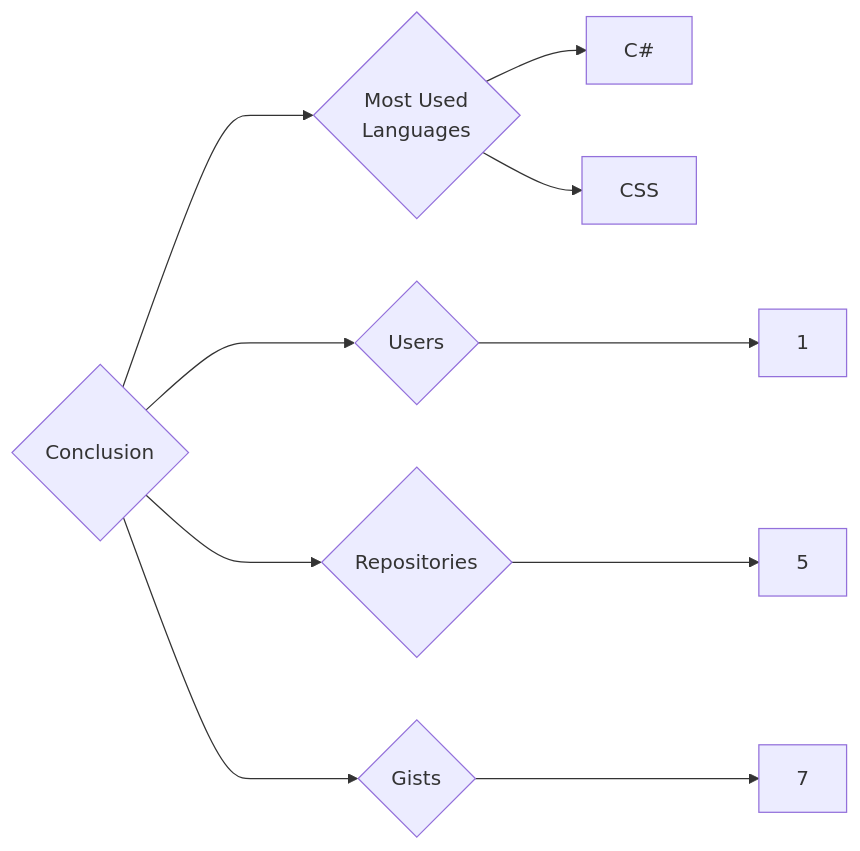
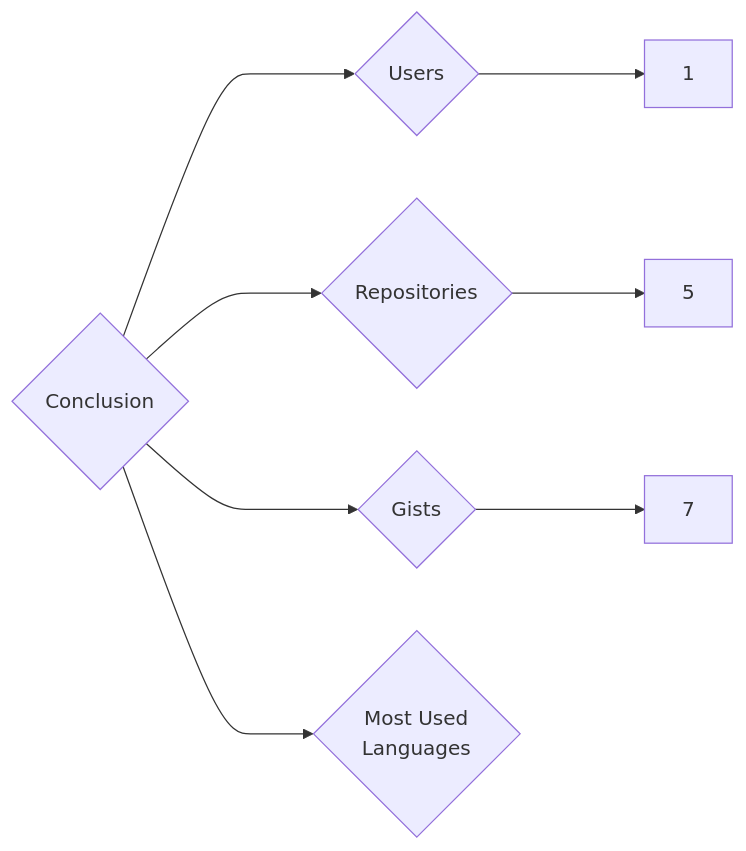
The diagram in targets/Conclusion/README.md (trickest/insiders), drawn with Mermaid before and after one commit. The commit also changed 773 other files, not shown here.

````diff
--- a/targets/Conclusion/README.md
+++ b/targets/Conclusion/README.md
@@ -3,10 +3,8 @@
 ```mermaid
 graph LR
 COMPANY_NAME{Conclusion}
 COMPANY_NAME ---> U{Users} ---> UN[1]
 COMPANY_NAME ---> R{Repositories} ---> RN[5]
 COMPANY_NAME ---> G{Gists} ---> GN[7]
 COMPANY_NAME ---> ML{Most Used<br>Languages}
-ML --> C#[C#]
-ML --> CSS[CSS]
 ```
````
